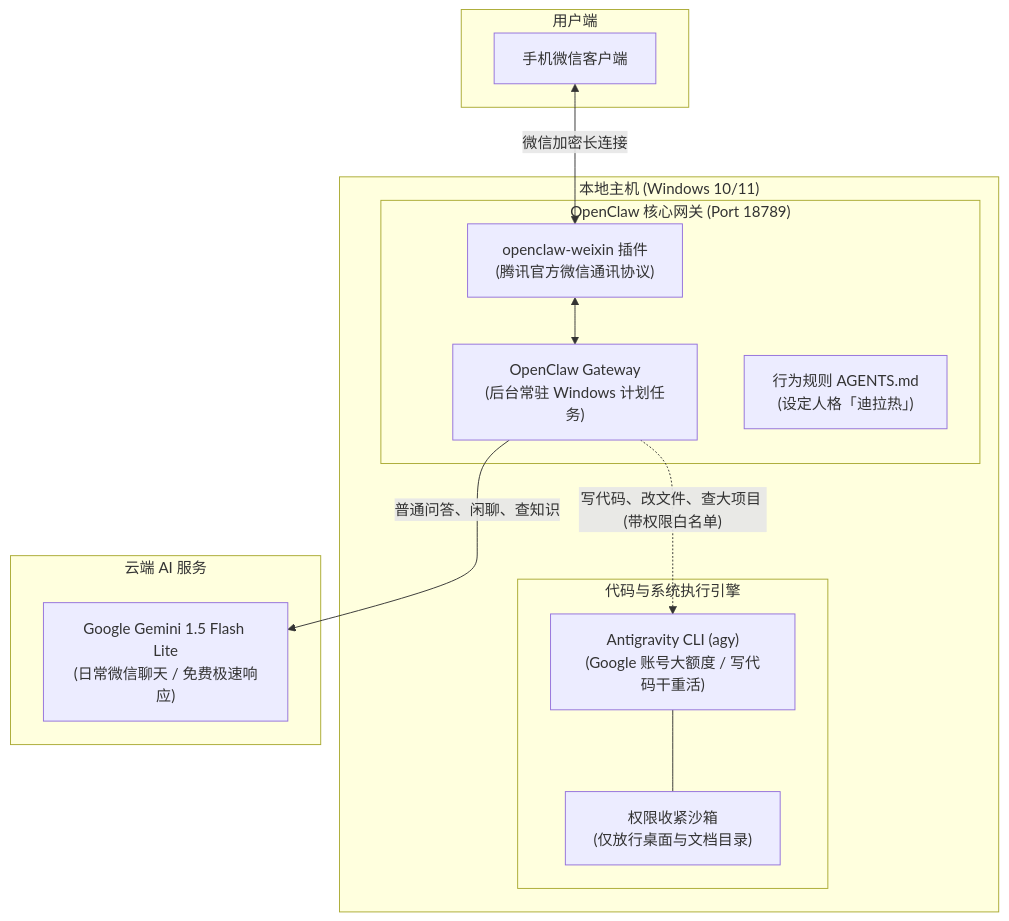
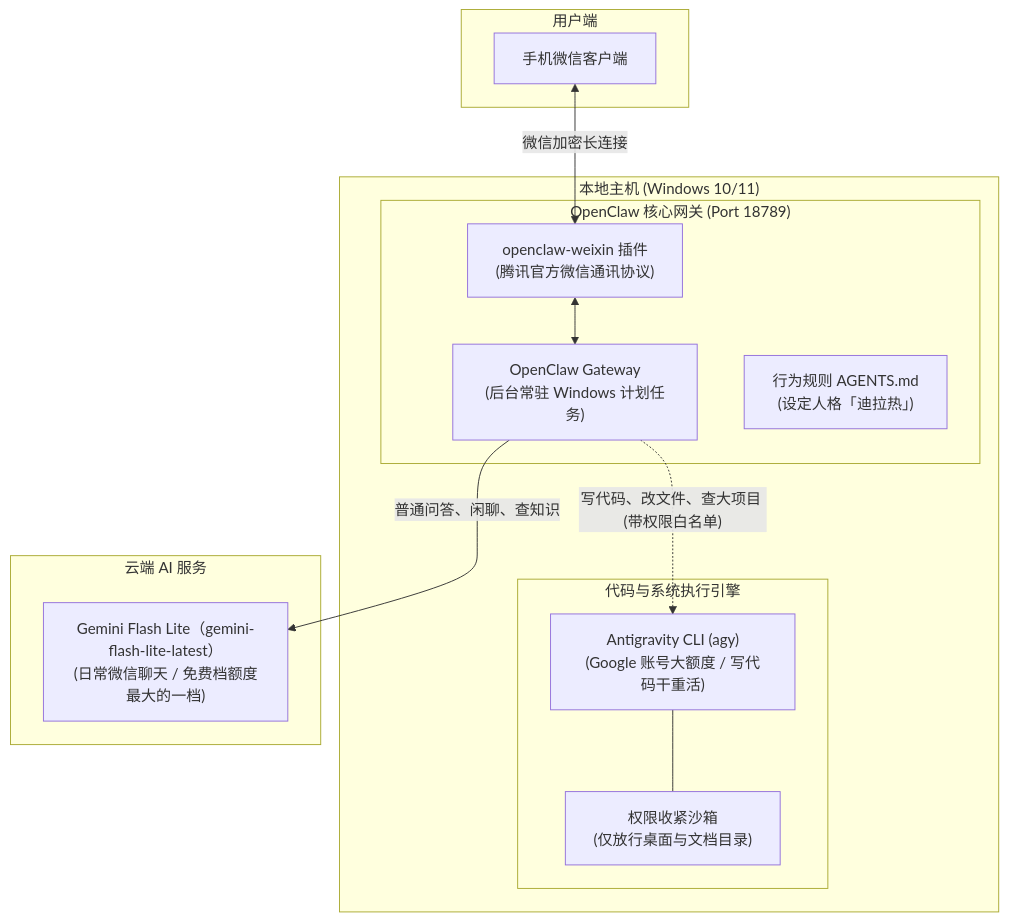
Before and after one commit to liujingyangself/clawbot-wechat: the diagram in docs/配置与部署详解.md, drawn with Mermaid. The commit also changed other lines of this file and 1 other file, not shown here.

````diff
--- a/docs/配置与部署详解.md
+++ b/docs/配置与部署详解.md
@@ -11,29 +11,29 @@
 ```mermaid
 flowchart TD
     subgraph Client["用户端"]
         User["手机微信客户端"]
     end
 
     subgraph Server["本地主机 (Windows 10/11)"]
         subgraph OpenClawSub["OpenClaw 核心网关 (Port 18789)"]
             Gateway["OpenClaw Gateway<br/>(后台常驻 Windows 计划任务)"]
             Plugin["openclaw-weixin 插件<br/>(腾讯官方微信通讯协议)"]
             Rules["行为规则 AGENTS.md<br/>(设定人格「迪拉热」)"]
         end
 
         subgraph LocalEngine["代码与系统执行引擎"]
             Agy["Antigravity CLI (agy)<br/>(Google 账号大额度 / 写代码干重活)"]
             Sandbox["权限收紧沙箱<br/>(仅放行桌面与文档目录)"]
         end
     end
 
     subgraph Cloud["云端 AI 服务"]
-        Gemini["Google Gemini 1.5 Flash Lite<br/>(日常微信聊天 / 免费极速响应)"]
+        Gemini["Gemini Flash Lite（gemini-flash-lite-latest）<br/>(日常微信聊天 / 免费档额度最大的一档)"]
     end
 
     User <-->|"微信加密长连接"| Plugin
     Plugin <--> Gateway
     Gateway -->|"普通问答、闲聊、查知识"| Gemini
     Gateway -.->|"写代码、改文件、查大项目 (带权限白名单)"| Agy
     Agy --- Sandbox
 ```
````
